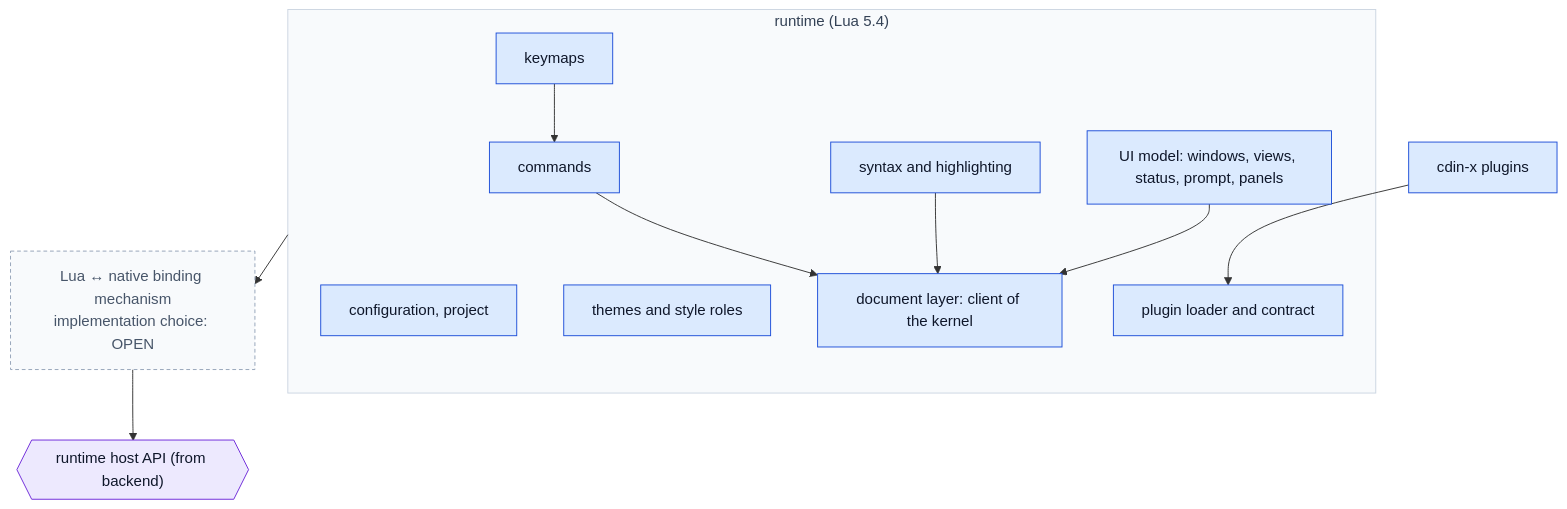
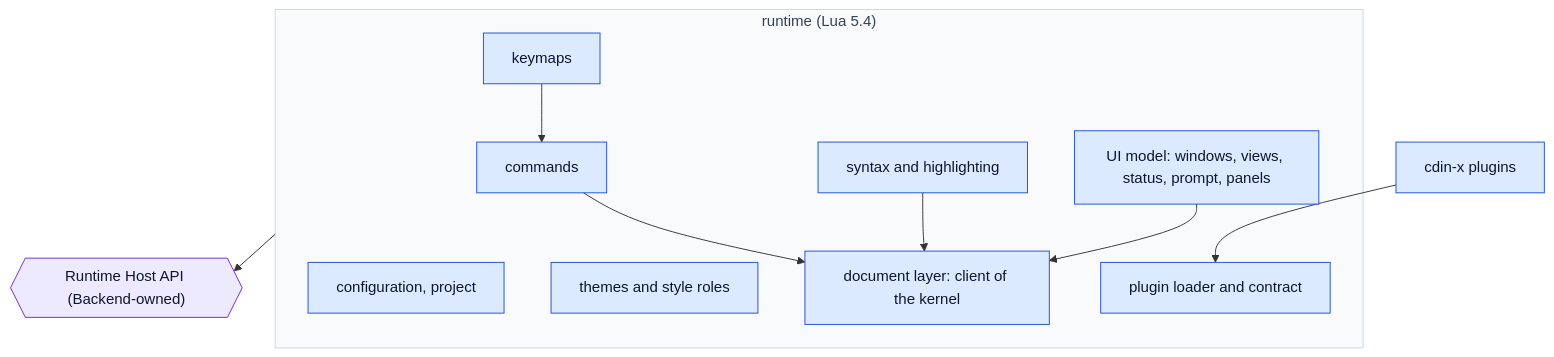
One commit to cdin-editor/spec changed the diagram in docs/components/runtime.md. Above: the diagram before and after it, drawn with Mermaid. The commit also changed other lines of this file and 16 other files, not shown here.

First line of the commit message:
docs(spec): consolidate Runtime v1 and Host API 1.0.0 into Spec 1.3.0

````diff
--- a/docs/components/runtime.md
+++ b/docs/components/runtime.md
@@ -22,30 +22,27 @@
 ```mermaid
 flowchart TB
     subgraph RT["runtime (Lua 5.4)"]
         CMD["commands"]
         KEY["keymaps"]
         CFG["configuration, project"]
         THEME["themes and style roles"]
         SYN["syntax and highlighting"]
         UIM["UI model: windows, views, status, prompt, panels"]
         DOC["document layer: client of the kernel"]
         PLG["plugin loader and contract"]
     end
-    HOST{{"runtime host API (from backend)"}}
+    HOST{{"Runtime Host API (Backend-owned)"}}
     X["cdin-x plugins"]
     X --> PLG
     CMD --> DOC
     KEY --> CMD
     UIM --> DOC
     SYN --> DOC
-    RT --> BRIDGE --> HOST
-    BRIDGE["Lua ↔ native binding mechanism<br/>implementation choice: OPEN"]
+    RT --> HOST
     classDef comp fill:#dbeafe,stroke:#1d4ed8,color:#0f172a
     classDef contract fill:#ede9fe,stroke:#6d28d9,color:#0f172a
     classDef group fill:#f8fafc,stroke:#cbd5e1,color:#334155
-    classDef open fill:#f8fafc,stroke:#94a3b8,color:#475569,stroke-dasharray:4 3
     class CFG,CMD,DOC,KEY,PLG,SYN,THEME,UIM,X comp
     class HOST contract
-    class BRIDGE open
     class RT group
 ```
````
